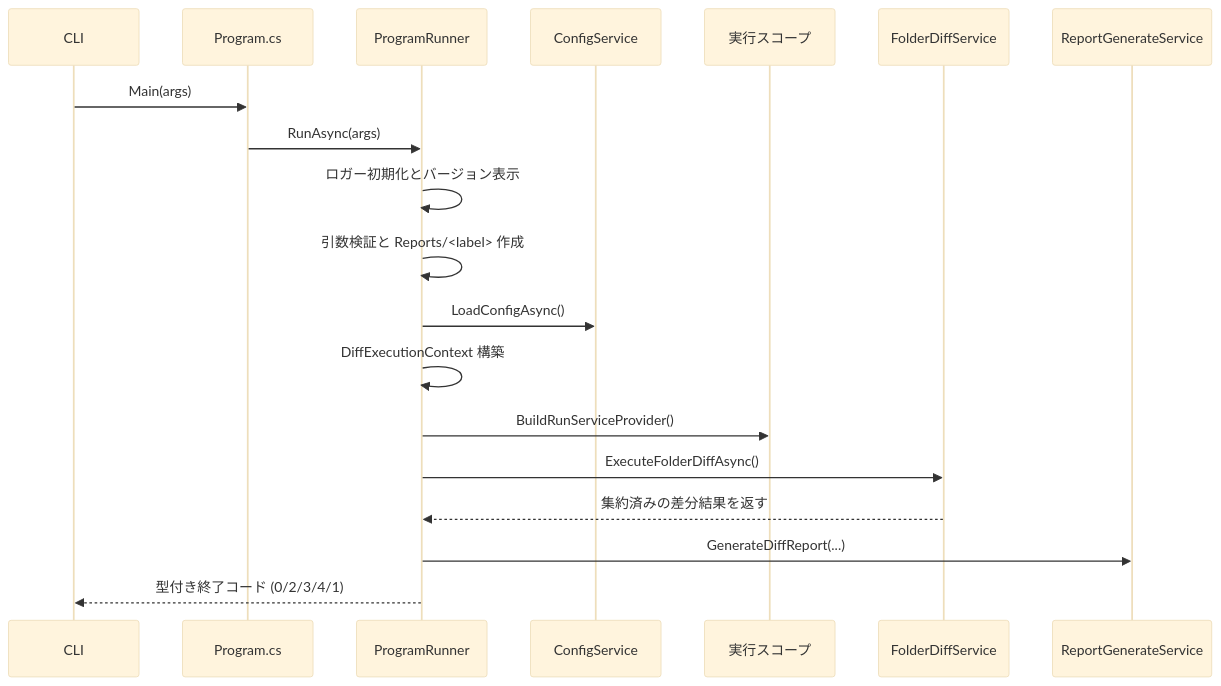
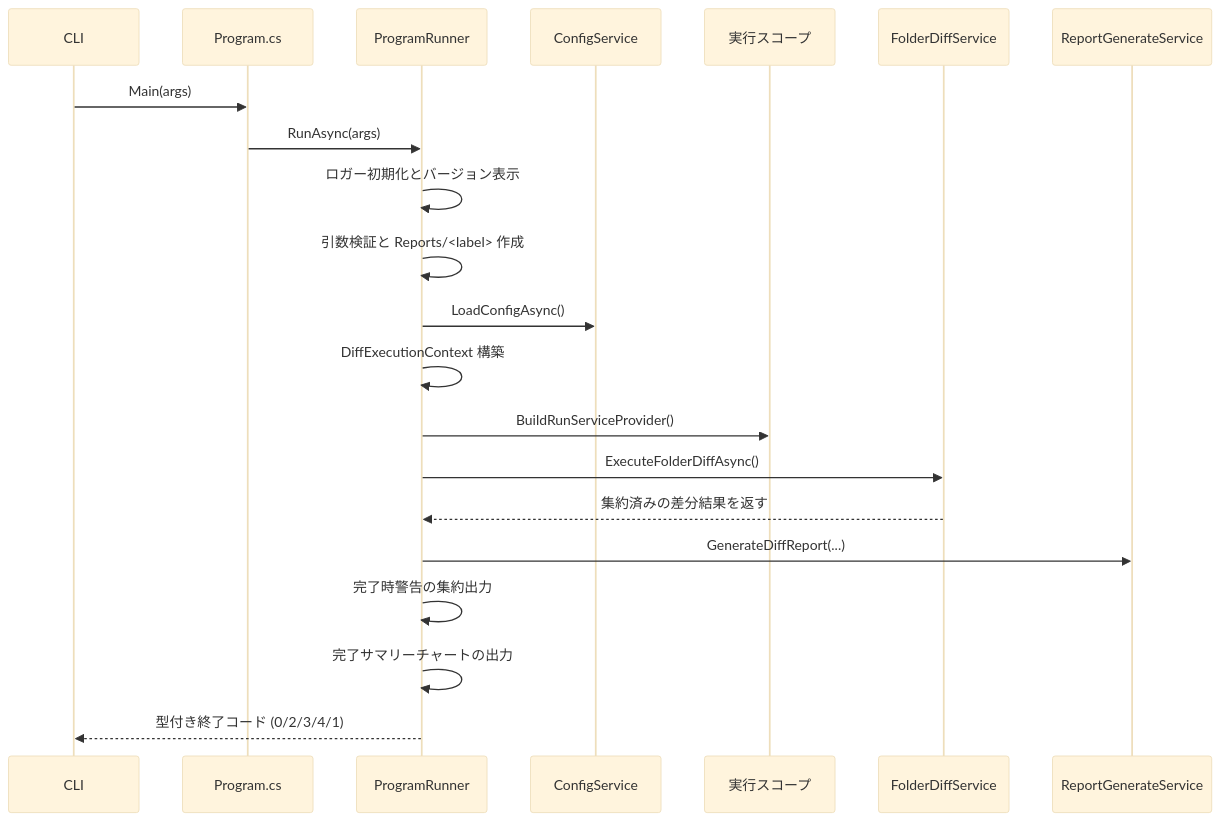
The seventh of 10 diagrams in doc/DEVELOPER_GUIDE.md (Widthdom/FolderDiffIL4DotNet), drawn with Mermaid (base theme) before and after one commit. The commit also changed other lines of this file and 4 other files, not shown here.

First line of the commit message:
Update documentation for dark mode and completion summary chart

````diff
--- a/doc/DEVELOPER_GUIDE.md
+++ b/doc/DEVELOPER_GUIDE.md
@@ -1147,22 +1154,24 @@
 ```mermaid
 sequenceDiagram
     participant CLI as CLI
     participant Program as Program.cs
     participant Runner as ProgramRunner
     participant Config as ConfigService
     participant Scope as 実行スコープ
     participant Diff as FolderDiffService
     participant Report as ReportGenerateService
 
     CLI->>Program: Main(args)
     Program->>Runner: RunAsync(args)
     Runner->>Runner: ロガー初期化とバージョン表示
     Runner->>Runner: 引数検証と Reports/<label> 作成
     Runner->>Config: LoadConfigAsync()
     Runner->>Runner: DiffExecutionContext 構築
     Runner->>Scope: BuildRunServiceProvider()
     Runner->>Diff: ExecuteFolderDiffAsync()
     Diff-->>Runner: 集約済みの差分結果を返す
     Runner->>Report: GenerateDiffReport(...)
+    Runner->>Runner: 完了時警告の集約出力
+    Runner->>Runner: 完了サマリーチャートの出力
     Runner-->>CLI: 型付き終了コード (0/2/3/4/1)
 ```
````
